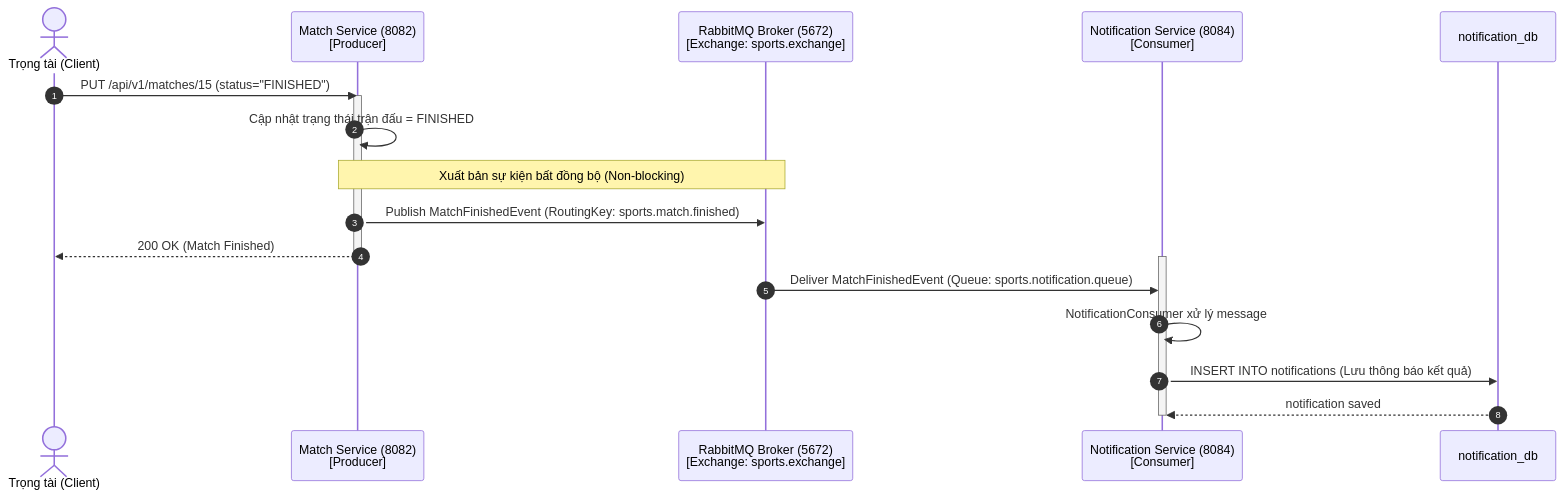
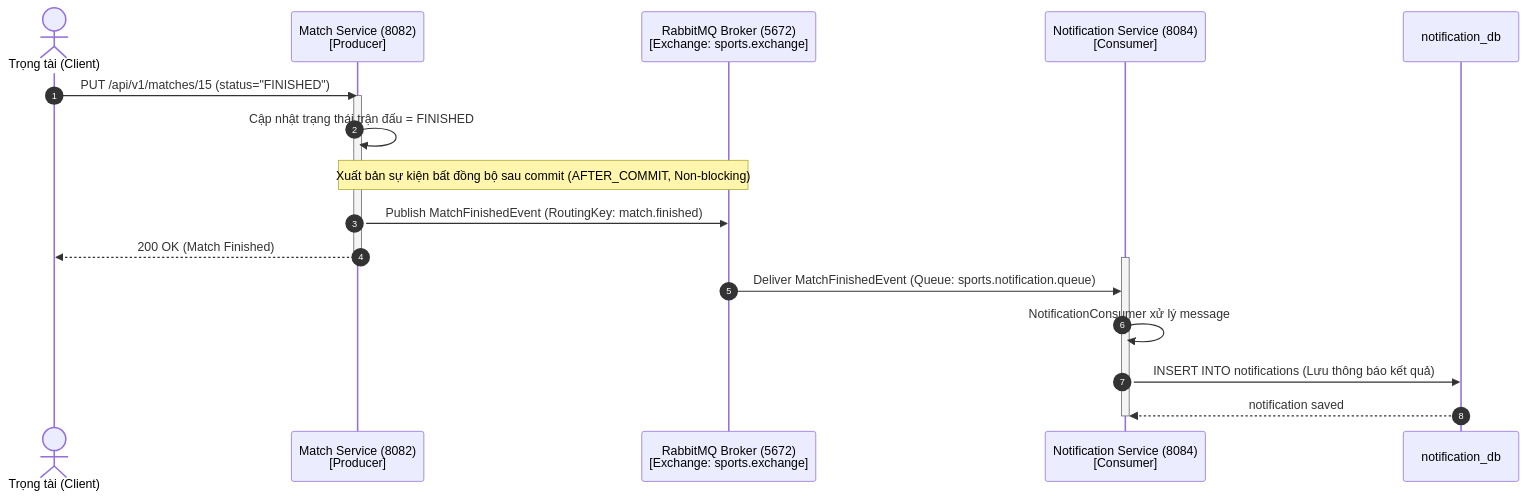
The second of 2 diagrams in integration/sequence-diagram/README.md (vunghia54/sports-management-system), drawn with Mermaid before and after one commit. The commit also changed 10 other files, not shown here.

Commit message:
fix(A3): unify RabbitMQ sports.exchange, publish AFTER_COMMIT, deduplicate NotificationConsumer, update docs/tests

````diff
--- a/integration/sequence-diagram/README.md
+++ b/integration/sequence-diagram/README.md
@@ -56,25 +56,25 @@
 ```mermaid
 sequenceDiagram
     autonumber
     actor Referee as Trọng tài (Client)
     participant Match as Match Service (8082)<br/>[Producer]
     participant Rabbit as RabbitMQ Broker (5672)<br/>[Exchange: sports.exchange]
     participant Notif as Notification Service (8084)<br/>[Consumer]
     participant DB as notification_db
 
     Referee->>Match: PUT /api/v1/matches/15 (status="FINISHED")
     activate Match
     Match->>Match: Cập nhật trạng thái trận đấu = FINISHED
     
-    Note over Match,Rabbit: Xuất bản sự kiện bất đồng bộ (Non-blocking)
-    Match->>Rabbit: Publish MatchFinishedEvent (RoutingKey: sports.match.finished)
+    Note over Match,Rabbit: Xuất bản sự kiện bất đồng bộ sau commit (AFTER_COMMIT, Non-blocking)
+    Match->>Rabbit: Publish MatchFinishedEvent (RoutingKey: match.finished)
     Match-->>Referee: 200 OK (Match Finished)
     deactivate Match
 
     activate Notif
     Rabbit->>Notif: Deliver MatchFinishedEvent (Queue: sports.notification.queue)
     Notif->>Notif: NotificationConsumer xử lý message
     Notif->>DB: INSERT INTO notifications (Lưu thông báo kết quả)
     DB-->>Notif: notification saved
     deactivate Notif
 ```
````
